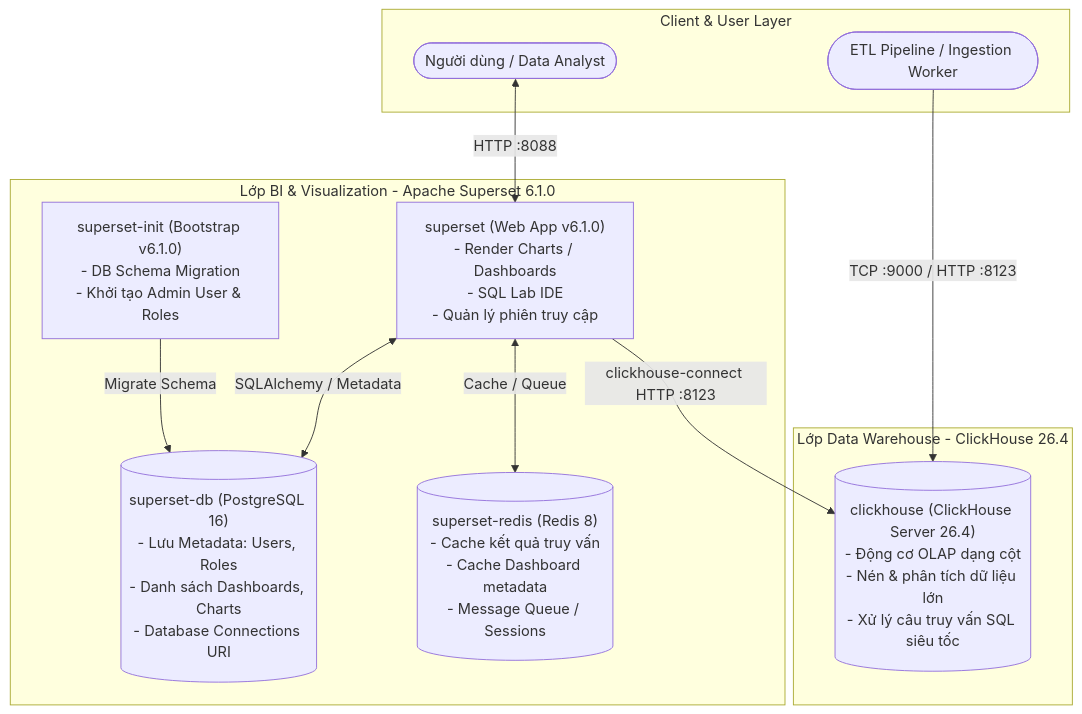
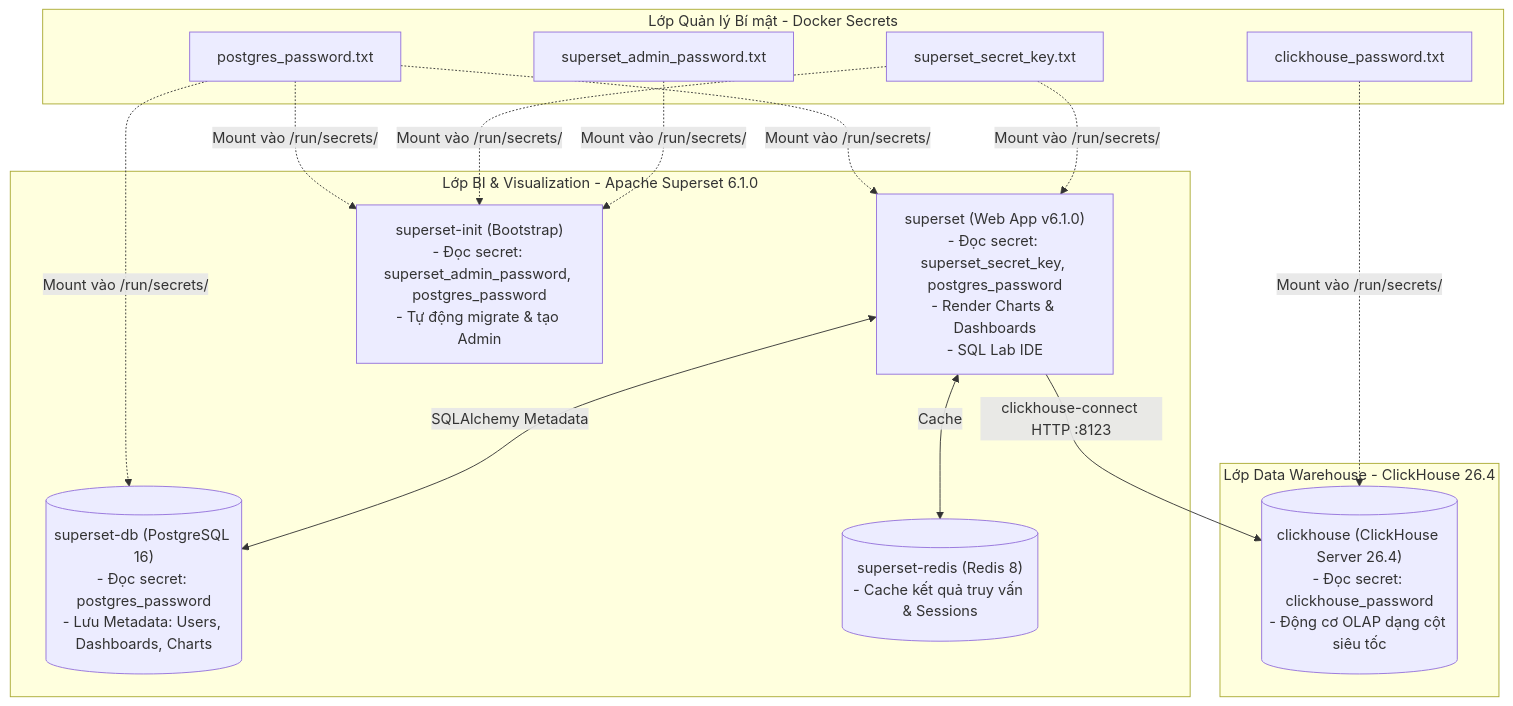
One commit to duyhustvn/devops changed the diagram in docker-images/datawarehouse/README.md. Above: the diagram before and after it, drawn with Mermaid. The commit also changed other lines of this file and 6 other files, not shown here.

Commit message:
update using docker secret

````diff
--- a/docker-images/datawarehouse/README.md
+++ b/docker-images/datawarehouse/README.md
@@ -15,26 +34,32 @@
 ```mermaid
 flowchart TD
-    subgraph ClientLayer [Client & User Layer]
-        User([Người dùng / Data Analyst])
-        ETL([ETL Pipeline / Ingestion Worker])
+    subgraph SecretsManagement [Lớp Quản lý Bí mật - Docker Secrets]
+        SEC_CH["clickhouse_password.txt"]
+        SEC_PG["postgres_password.txt"]
+        SEC_KEY["superset_secret_key.txt"]
+        SEC_ADMIN["superset_admin_password.txt"]
     end
 
     subgraph BILayer [Lớp BI & Visualization - Apache Superset 6.1.0]
-        SS_APP["superset (Web App v6.1.0)\n- Render Charts / Dashboards\n- SQL Lab IDE\n- Quản lý phiên truy cập"]
-        SS_INIT["superset-init (Bootstrap v6.1.0)\n- DB Schema Migration\n- Khởi tạo Admin User & Roles"]
-        PG[("superset-db (PostgreSQL 16)\n- Lưu Metadata: Users, Roles\n- Danh sách Dashboards, Charts\n- Database Connections URI")]
-        RD[("superset-redis (Redis 8)\n- Cache kết quả truy vấn\n- Cache Dashboard metadata\n- Message Queue / Sessions")]
+        SS_APP["superset (Web App v6.1.0)\n- Đọc secret: superset_secret_key, postgres_password\n- Render Charts & Dashboards\n- SQL Lab IDE"]
+        SS_INIT["superset-init (Bootstrap)\n- Đọc secret: superset_admin_password, postgres_password\n- Tự động migrate & tạo Admin"]
+        PG[("superset-db (PostgreSQL 16)\n- Đọc secret: postgres_password\n- Lưu Metadata: Users, Dashboards, Charts")]
+        RD[("superset-redis (Redis 8)\n- Cache kết quả truy vấn & Sessions")]
     end
 
     subgraph DWHLayer [Lớp Data Warehouse - ClickHouse 26.4]
-        CH[("clickhouse (ClickHouse Server 26.4)\n- Động cơ OLAP dạng cột\n- Nén & phân tích dữ liệu lớn\n- Xử lý câu truy vấn SQL siêu tốc")]
+        CH[("clickhouse (ClickHouse Server 26.4)\n- Đọc secret: clickhouse_password\n- Động cơ OLAP dạng cột siêu tốc")]
     end
 
-    User <-->|HTTP :8088| SS_APP
-    ETL -->|TCP :9000 / HTTP :8123| CH
+    SEC_CH -.->|Mount vào /run/secrets/| CH
+    SEC_PG -.->|Mount vào /run/secrets/| PG
+    SEC_PG -.->|Mount vào /run/secrets/| SS_APP
+    SEC_PG -.->|Mount vào /run/secrets/| SS_INIT
+    SEC_KEY -.->|Mount vào /run/secrets/| SS_APP
+    SEC_KEY -.->|Mount vào /run/secrets/| SS_INIT
+    SEC_ADMIN -.->|Mount vào /run/secrets/| SS_INIT
 
-    SS_APP <-->|SQLAlchemy / Metadata| PG
-    SS_APP <-->|Cache / Queue| RD
+    SS_APP <-->|SQLAlchemy Metadata| PG
+    SS_APP <-->|Cache| RD
     SS_APP -->|clickhouse-connect HTTP :8123| CH
-    SS_INIT -->|Migrate Schema| PG
 ```
````
